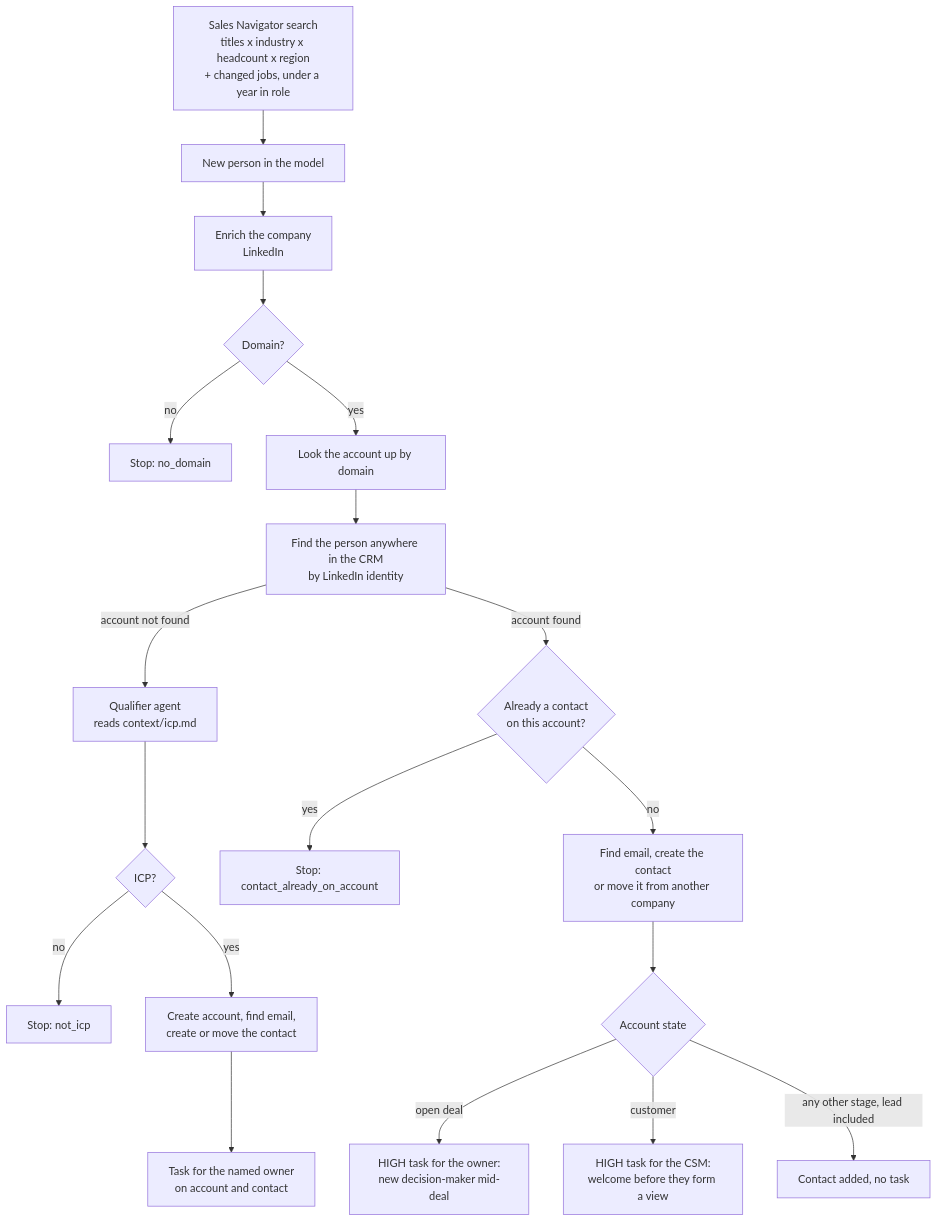
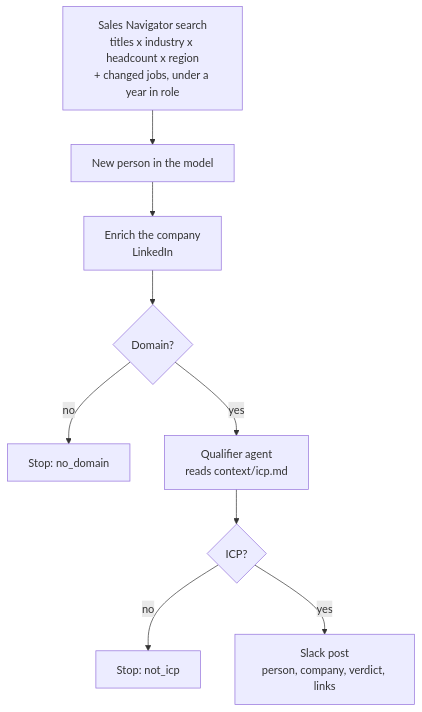
One commit to getcargohq/gtm-skills changed the diagram in new-hire-detection/README.md. Above: the diagram before and after it, drawn with Mermaid. The commit also changed other lines of this file and 15 other files, not shown here.

First line of the commit message:
new-hire-detection: post qualified new hires to Slack; the CRM becomes a variation

````diff
--- a/new-hire-detection/README.md
+++ b/new-hire-detection/README.md
@@ -7,21 +7,11 @@
 ```mermaid
 flowchart TD
   search["Sales Navigator search<br/>titles x industry x headcount x region<br/>+ changed jobs, under a year in role"] --> added["New person in the model"]
   added --> enrich["Enrich the company<br/>LinkedIn"]
   enrich --> domain{"Domain?"}
   domain -->|no| stop1["Stop: no_domain"]
-  domain -->|yes| lookup["Look the account up by domain"]
-  lookup --> who["Find the person anywhere in the CRM<br/>by LinkedIn identity"]
-  who -->|account not found| qualify["Qualifier agent<br/>reads context/icp.md"]
+  domain -->|yes| qualify["Qualifier agent<br/>reads context/icp.md"]
   qualify --> gate{"ICP?"}
   gate -->|no| stop2["Stop: not_icp"]
-  gate -->|yes| create["Create account, find email,<br/>create or move the contact"]
-  create --> task1["Task for the named owner<br/>on account and contact"]
-  who -->|account found| here{"Already a contact<br/>on this account?"}
-  here -->|yes| stop3["Stop: contact_already_on_account"]
-  here -->|no| contact["Find email, create the contact<br/>or move it from another company"]
-  contact --> stage{"Account state"}
-  stage -->|open deal| task2["HIGH task for the owner:<br/>new decision-maker mid-deal"]
-  stage -->|customer| task3["HIGH task for the CSM:<br/>welcome before they form a view"]
-  stage -->|any other stage, lead included| done4["Contact added, no task"]
+  gate -->|yes| post["Slack post<br/>person, company, verdict, links"]
 ```
````
